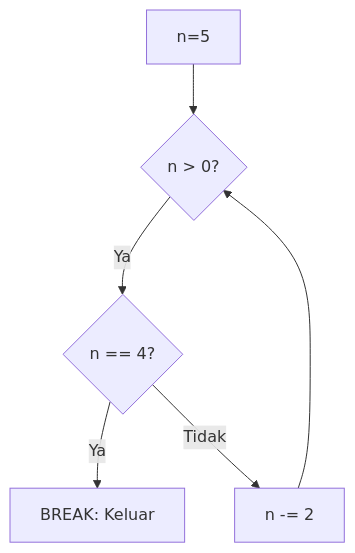
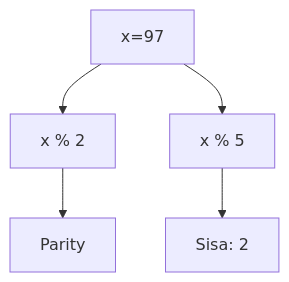
Before and after one commit to amnahwaida/OSNK_INF_PREP: the second of 25 diagrams in part-c-pemahaman-cpp/03-perulangan/latihan/set-03.md, drawn with Mermaid. The commit also changed other lines of this file and 71 other files, not shown here.

````diff
--- a/part-c-pemahaman-cpp/03-perulangan/latihan/set-03.md
+++ b/part-c-pemahaman-cpp/03-perulangan/latihan/set-03.md
@@ -58,8 +52,7 @@
 ```mermaid
 graph TD
-    A[n=5] --> B{n > 0?}
-    B -- Ya --> C{n == 4?}
-    C -- Ya --> D[BREAK: Keluar]
-    C -- Tidak --> E[n -= 2]
-    E --> B
+A[x=97] --> B[x % 2]
+B --> C[Parity]
+A --> D[x % 5]
+D --> E[Sisa: 2]
 ```
````
